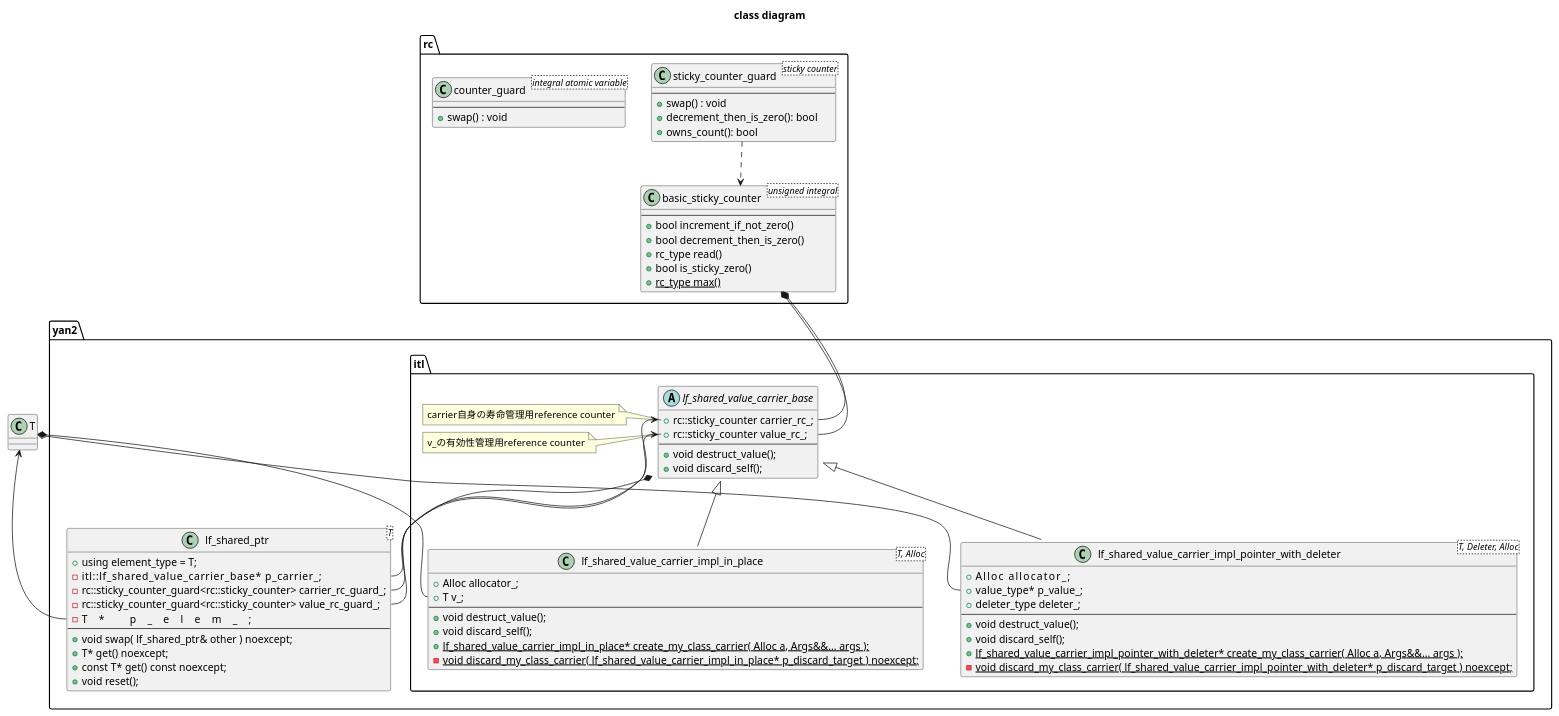
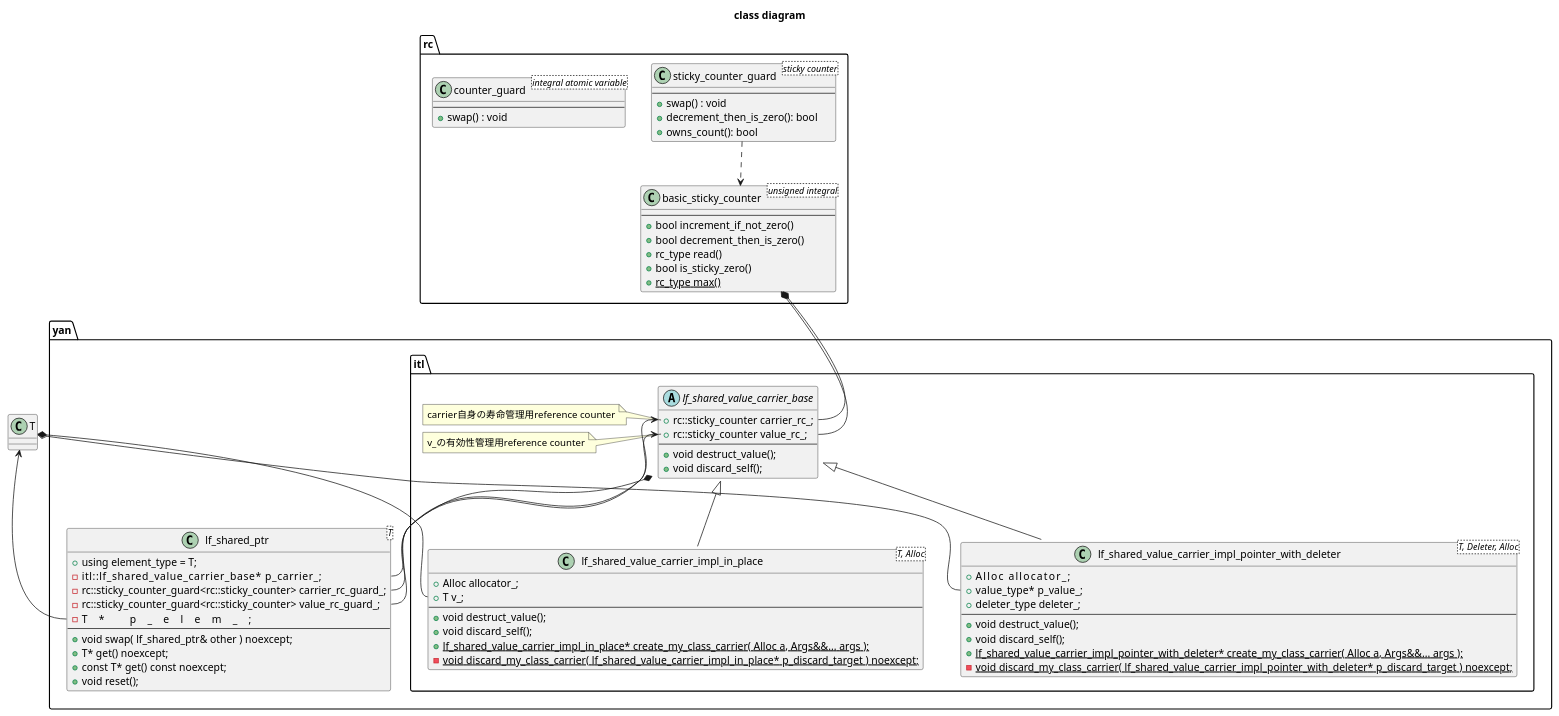
One commit to PFA03027/yan_lf_shared_ptr changed the diagram in doc/class_diagram_lf_shared_ptr.puml. Above: the diagram before and after it, drawn with PlantUML. The commit also changed 6 other files, not shown here.

```diff
--- a/doc/class_diagram_lf_shared_ptr.puml
+++ b/doc/class_diagram_lf_shared_ptr.puml
@@ -1,103 +1,103 @@
 @startuml
 
 title class diagram
 
 class T {}
 
 namespace rc {
 class basic_sticky_counter<unsigned integral> {
   --
   + bool increment_if_not_zero()
   + bool decrement_then_is_zero()
   + rc_type read()
   + bool is_sticky_zero()
   + {static} rc_type max()
 }
 
 
 class sticky_counter_guard<sticky counter> {
   --
   + swap() : void
   + decrement_then_is_zero(): bool
   + owns_count(): bool
 }
 
 sticky_counter_guard ..> basic_sticky_counter
 
 class counter_guard<integral atomic variable> {
   --
   + swap() : void
 }
 
 }
 
-namespace yan2 {
+namespace yan {
 namespace itl {
 
 abstract lf_shared_value_carrier_base {
   + rc::sticky_counter carrier_rc_;
   + rc::sticky_counter value_rc_;
   --
   + void destruct_value(); 
   + void discard_self();
 }
 note left of lf_shared_value_carrier_base::carrier_rc_
   carrier自身の寿命管理用reference counter
 end note
 note left of lf_shared_value_carrier_base::value_rc_
   v_の有効性管理用reference counter
 end note
 
 basic_sticky_counter *-- lf_shared_value_carrier_base::carrier_rc_
 basic_sticky_counter *-- lf_shared_value_carrier_base::value_rc_
 
 
 class lf_shared_value_carrier_impl_in_place<T, Alloc> {
   + Alloc allocator_;
   + T v_;
   --
   + void destruct_value(); 
   + void discard_self();
   + {static} lf_shared_value_carrier_impl_in_place* create_my_class_carrier( Alloc a, Args&&... args );
     - {static} void discard_my_class_carrier( lf_shared_value_carrier_impl_in_place* p_discard_target ) noexcept;
 }
 T *-- lf_shared_value_carrier_impl_in_place::v_
 
 class lf_shared_value_carrier_impl_pointer_with_deleter<T, Deleter, Alloc> {
   + Alloc        allocator_;
   + value_type*  p_value_;
   + deleter_type deleter_;
   --
   + void destruct_value(); 
   + void discard_self();
   + {static} lf_shared_value_carrier_impl_pointer_with_deleter* create_my_class_carrier( Alloc a, Args&&... args );
     - {static} void discard_my_class_carrier( lf_shared_value_carrier_impl_pointer_with_deleter* p_discard_target ) noexcept;
 }
 T o-- lf_shared_value_carrier_impl_pointer_with_deleter::p_value_
 
 lf_shared_value_carrier_base <|-- lf_shared_value_carrier_impl_in_place
 lf_shared_value_carrier_base <|-- lf_shared_value_carrier_impl_pointer_with_deleter
 
 }
 
 class lf_shared_ptr<T> {
   + using element_type = T;
     - itl::lf_shared_value_carrier_base*           p_carrier_;
   - rc::sticky_counter_guard<rc::sticky_counter> carrier_rc_guard_;
   - rc::sticky_counter_guard<rc::sticky_counter> value_rc_guard_;
   - T*                                           p_elem_;
   --
   + void swap( lf_shared_ptr& other ) noexcept;
   + T* get() noexcept;
   + const T* get() const noexcept;
   + void reset();
 }
 lf_shared_value_carrier_base *-- lf_shared_ptr::p_carrier_
 lf_shared_value_carrier_base::carrier_rc_ <-- lf_shared_ptr::carrier_rc_guard_
 lf_shared_value_carrier_base::value_rc_ <-- lf_shared_ptr::value_rc_guard_
 T <-- lf_shared_ptr::p_elem_
 
 }
 
 
 @enduml
```
